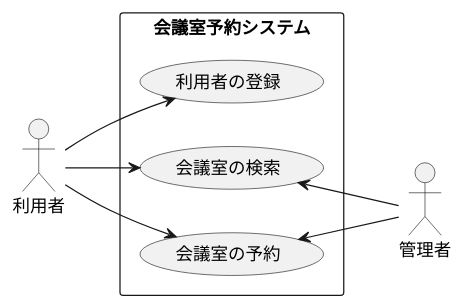
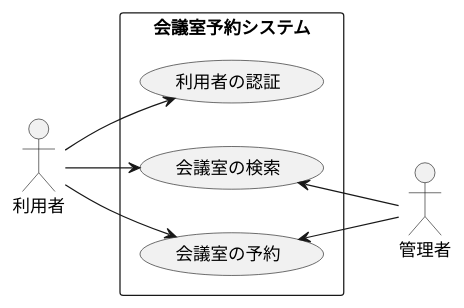
Diagram 15 of 15 in docs/index.adoc (k2works/case-study-mrs), drawn with PlantUML before and after one commit.

Commit message:
docs: 要求

```diff
--- a/docs/index.adoc
+++ b/docs/index.adoc
@@ -505,18 +505,18 @@
 [plantuml]
 ----
 @startuml
 left to right direction
 actor "利用者" as user
 actor "管理者" as admin
 rectangle 会議室予約システム {
-  usecase "利用者の登録" as UC1
+  usecase "利用者の認証" as UC1
   usecase "会議室の検索" as UC2
   usecase "会議室の予約" as UC3
 }
 user --> UC1
 user --> UC2
 user --> UC3
 UC2 <-- admin
 UC3 <-- admin
 @enduml
 ----
```
